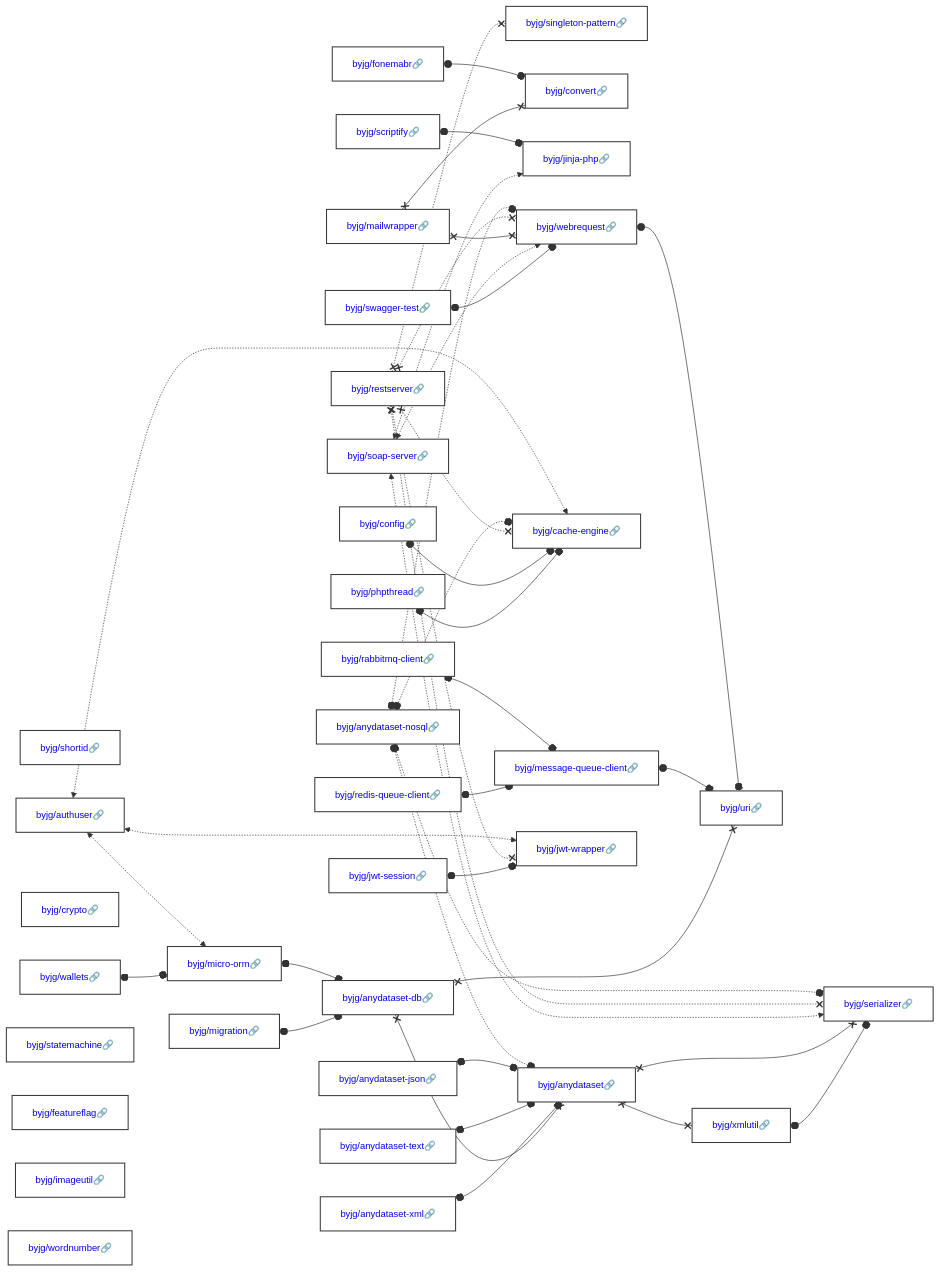
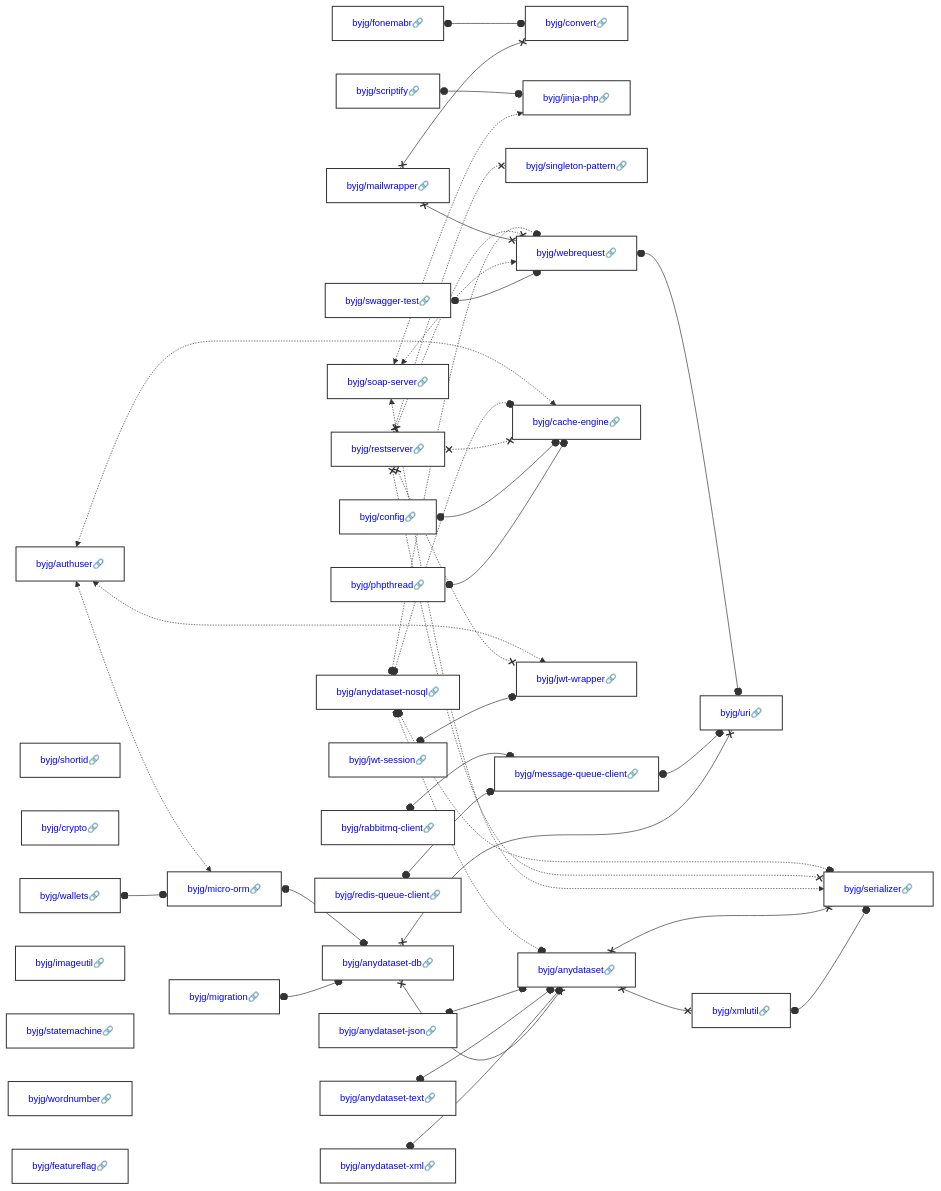
The diagram in docs/php/README.md (byjg/byjg.github.io), drawn with Mermaid before and after one commit. The commit also changed other lines of this file and 1 other file, not shown here.

Commit message:
Update documentation 'php' 'php-config'

````diff
--- a/docs/php/README.md
+++ b/docs/php/README.md
@@ -3,37 +3,37 @@
 ```mermaid
 graph LR;
+  byjg/config[<a href='https://opensource.byjg.com/docs/php/config' style='text-decoration:none'>byjg/config🔗</a>];
+  byjg/wallets[<a href='https://opensource.byjg.com/docs/php/wallets' style='text-decoration:none'>byjg/wallets🔗</a>];
   byjg/shortid[<a href='https://opensource.byjg.com/docs/php/shortid' style='text-decoration:none'>byjg/shortid🔗</a>];
-  byjg/wallets[<a href='https://opensource.byjg.com/docs/php/wallets' style='text-decoration:none'>byjg/wallets🔗</a>];
-  byjg/anydataset-xml[<a href='https://opensource.byjg.com/docs/php/anydataset-xml' style='text-decoration:none'>byjg/anydataset-xml🔗</a>];
+  byjg/fonemabr[<a href='https://opensource.byjg.com/docs/php/fonemabr' style='text-decoration:none'>byjg/fonemabr🔗</a>];
+  byjg/scriptify[<a href='https://opensource.byjg.com/docs/php/scriptify' style='text-decoration:none'>byjg/scriptify🔗</a>];
+  byjg/mailwrapper[<a href='https://opensource.byjg.com/docs/php/mailwrapper' style='text-decoration:none'>byjg/mailwrapper🔗</a>];
   byjg/crypto[<a href='https://opensource.byjg.com/docs/php/crypto' style='text-decoration:none'>byjg/crypto🔗</a>];
+  byjg/anydataset-json[<a href='https://opensource.byjg.com/docs/php/anydataset-json' style='text-decoration:none'>byjg/anydataset-json🔗</a>];
+  byjg/soap-server[<a href='https://opensource.byjg.com/docs/php/soap-server' style='text-decoration:none'>byjg/soap-server🔗</a>];
+  byjg/swagger-test[<a href='https://opensource.byjg.com/docs/php/swagger-test' style='text-decoration:none'>byjg/swagger-test🔗</a>];
+  byjg/authuser[<a href='https://opensource.byjg.com/docs/php/authuser' style='text-decoration:none'>byjg/authuser🔗</a>];
+  byjg/imageutil[<a href='https://opensource.byjg.com/docs/php/imageutil' style='text-decoration:none'>byjg/imageutil🔗</a>];
+  byjg/statemachine[<a href='https://opensource.byjg.com/docs/php/statemachine' style='text-decoration:none'>byjg/statemachine🔗</a>];
+  byjg/wordnumber[<a href='https://opensource.byjg.com/docs/php/wordnumber' style='text-decoration:none'>byjg/wordnumber🔗</a>];
+  byjg/restserver[<a href='https://opensource.byjg.com/docs/php/restserver' style='text-decoration:none'>byjg/restserver🔗</a>];
   byjg/phpthread[<a href='https://opensource.byjg.com/docs/php/phpthread' style='text-decoration:none'>byjg/phpthread🔗</a>];
-  byjg/authuser[<a href='https://opensource.byjg.com/docs/php/authuser' style='text-decoration:none'>byjg/authuser🔗</a>];
-  byjg/restserver[<a href='https://opensource.byjg.com/docs/php/restserver' style='text-decoration:none'>byjg/restserver🔗</a>];
-  byjg/soap-server[<a href='https://opensource.byjg.com/docs/php/soap-server' style='text-decoration:none'>byjg/soap-server🔗</a>];
-  byjg/statemachine[<a href='https://opensource.byjg.com/docs/php/statemachine' style='text-decoration:none'>byjg/statemachine🔗</a>];
-  byjg/mailwrapper[<a href='https://opensource.byjg.com/docs/php/mailwrapper' style='text-decoration:none'>byjg/mailwrapper🔗</a>];
-  byjg/fonemabr[<a href='https://opensource.byjg.com/docs/php/fonemabr' style='text-decoration:none'>byjg/fonemabr🔗</a>];
   byjg/anydataset-nosql[<a href='https://opensource.byjg.com/docs/php/anydataset-nosql' style='text-decoration:none'>byjg/anydataset-nosql🔗</a>];
-  byjg/scriptify[<a href='https://opensource.byjg.com/docs/php/scriptify' style='text-decoration:none'>byjg/scriptify🔗</a>];
-  byjg/featureflag[<a href='https://opensource.byjg.com/docs/php/featureflag' style='text-decoration:none'>byjg/featureflag🔗</a>];
-  byjg/imageutil[<a href='https://opensource.byjg.com/docs/php/imageutil' style='text-decoration:none'>byjg/imageutil🔗</a>];
-  byjg/swagger-test[<a href='https://opensource.byjg.com/docs/php/swagger-test' style='text-decoration:none'>byjg/swagger-test🔗</a>];
   byjg/migration[<a href='https://opensource.byjg.com/docs/php/migration' style='text-decoration:none'>byjg/migration🔗</a>];
+  byjg/jwt-session[<a href='https://opensource.byjg.com/docs/php/jwt-session' style='text-decoration:none'>byjg/jwt-session🔗</a>];
   byjg/rabbitmq-client[<a href='https://opensource.byjg.com/docs/php/rabbitmq-client' style='text-decoration:none'>byjg/rabbitmq-client🔗</a>];
-  byjg/wordnumber[<a href='https://opensource.byjg.com/docs/php/wordnumber' style='text-decoration:none'>byjg/wordnumber🔗</a>];
-  byjg/config[<a href='https://opensource.byjg.com/docs/php/config' style='text-decoration:none'>byjg/config🔗</a>];
   byjg/anydataset-text[<a href='https://opensource.byjg.com/docs/php/anydataset-text' style='text-decoration:none'>byjg/anydataset-text🔗</a>];
   byjg/redis-queue-client[<a href='https://opensource.byjg.com/docs/php/redis-queue-client' style='text-decoration:none'>byjg/redis-queue-client🔗</a>];
-  byjg/anydataset-json[<a href='https://opensource.byjg.com/docs/php/anydataset-json' style='text-decoration:none'>byjg/anydataset-json🔗</a>];
-  byjg/jwt-session[<a href='https://opensource.byjg.com/docs/php/jwt-session' style='text-decoration:none'>byjg/jwt-session🔗</a>];
+  byjg/featureflag[<a href='https://opensource.byjg.com/docs/php/featureflag' style='text-decoration:none'>byjg/featureflag🔗</a>];
+  byjg/anydataset-xml[<a href='https://opensource.byjg.com/docs/php/anydataset-xml' style='text-decoration:none'>byjg/anydataset-xml🔗</a>];
+  byjg/convert[<a href='https://opensource.byjg.com/docs/php/convert' style='text-decoration:none'>byjg/convert🔗</a>];
+  byjg/jinja-php[<a href='https://opensource.byjg.com/docs/php/jinja-php' style='text-decoration:none'>byjg/jinja-php🔗</a>];
   byjg/micro-orm[<a href='https://opensource.byjg.com/docs/php/micro-orm' style='text-decoration:none'>byjg/micro-orm🔗</a>];
   byjg/singleton-pattern[<a href='https://opensource.byjg.com/docs/php/singleton-pattern' style='text-decoration:none'>byjg/singleton-pattern🔗</a>];
-  byjg/convert[<a href='https://opensource.byjg.com/docs/php/convert' style='text-decoration:none'>byjg/convert🔗</a>];
-  byjg/jinja-php[<a href='https://opensource.byjg.com/docs/php/jinja-php' style='text-decoration:none'>byjg/jinja-php🔗</a>];
   byjg/webrequest[<a href='https://opensource.byjg.com/docs/php/webrequest' style='text-decoration:none'>byjg/webrequest🔗</a>];
   byjg/cache-engine[<a href='https://opensource.byjg.com/docs/php/cache-engine' style='text-decoration:none'>byjg/cache-engine🔗</a>];
+  byjg/jwt-wrapper[<a href='https://opensource.byjg.com/docs/php/jwt-wrapper' style='text-decoration:none'>byjg/jwt-wrapper🔗</a>];
   byjg/message-queue-client[<a href='https://opensource.byjg.com/docs/php/message-queue-client' style='text-decoration:none'>byjg/message-queue-client🔗</a>];
-  byjg/jwt-wrapper[<a href='https://opensource.byjg.com/docs/php/jwt-wrapper' style='text-decoration:none'>byjg/jwt-wrapper🔗</a>];
   byjg/anydataset-db[<a href='https://opensource.byjg.com/docs/php/anydataset-db' style='text-decoration:none'>byjg/anydataset-db🔗</a>];
   byjg/anydataset[<a href='https://opensource.byjg.com/docs/php/anydataset' style='text-decoration:none'>byjg/anydataset🔗</a>];
   byjg/uri[<a href='https://opensource.byjg.com/docs/php/uri' style='text-decoration:none'>byjg/uri🔗</a>];
````
